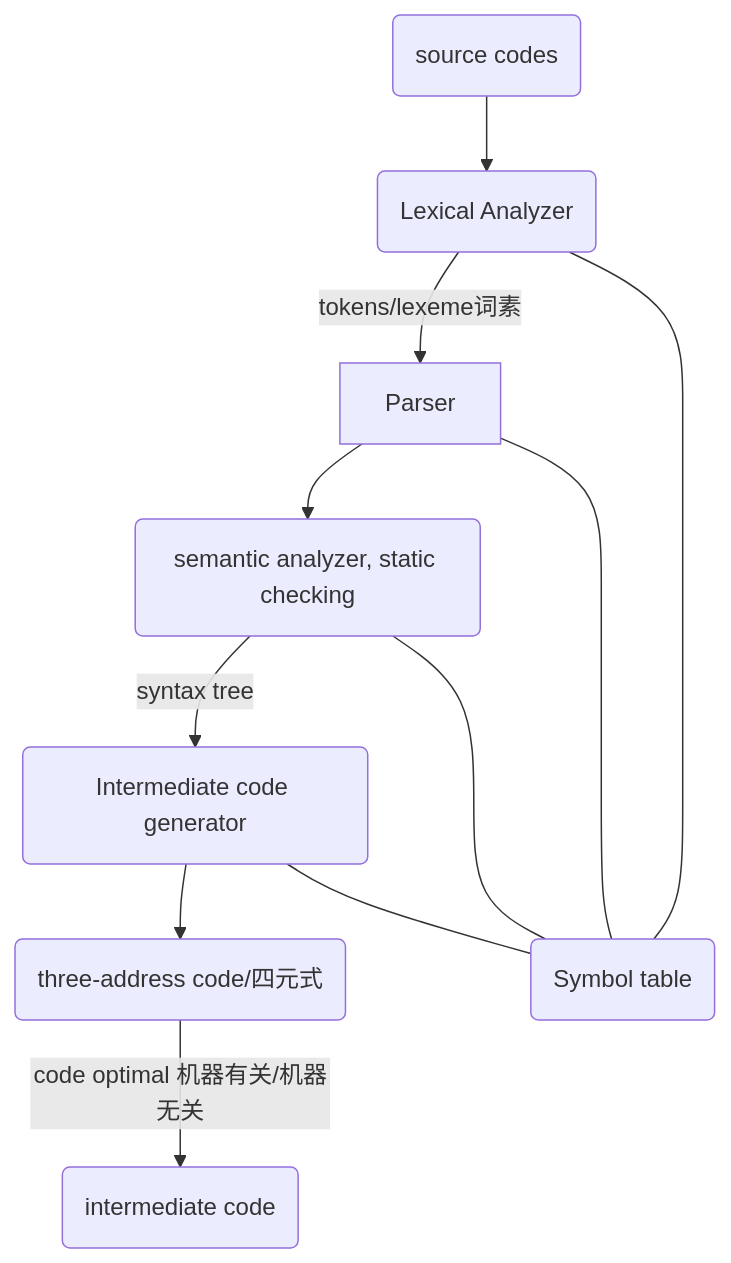
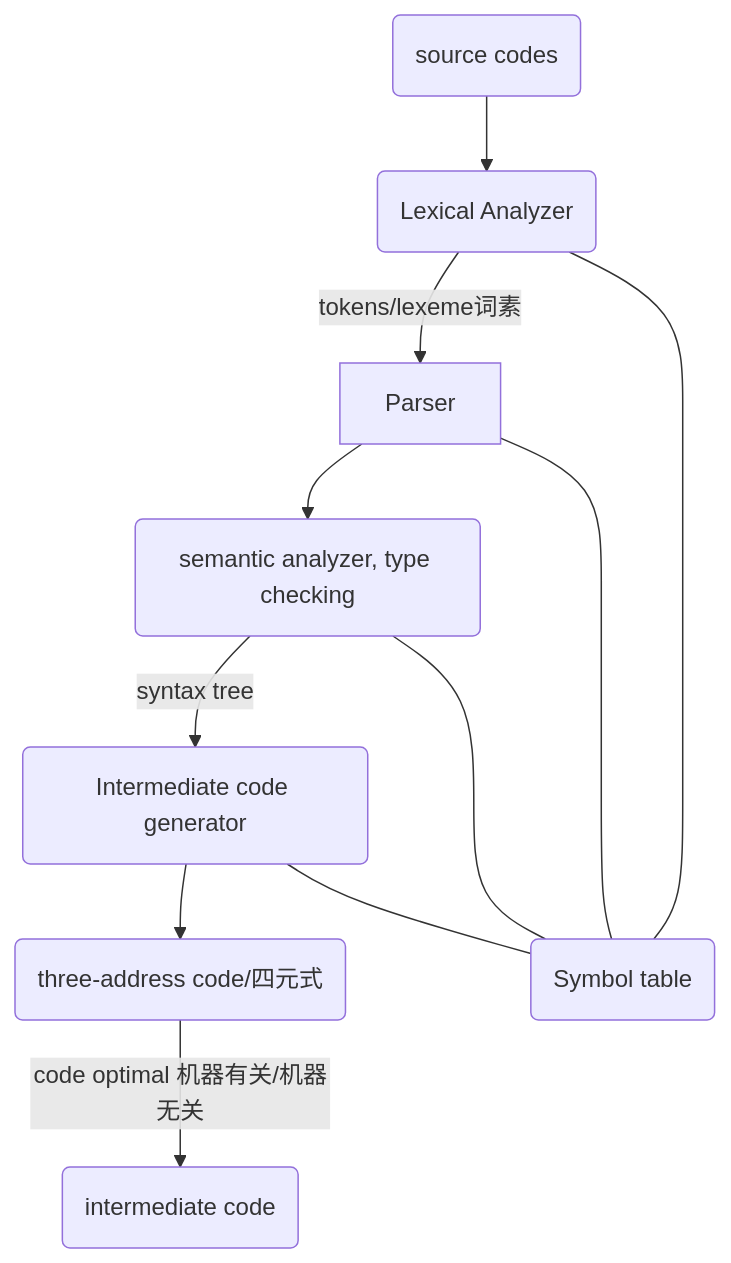
One commit to DCMMC/Notes changed the second of 2 diagrams in 编译原理学习笔记.md. Above: the diagram before and after it, drawn with Mermaid. The commit also changed other lines of this file, not shown here.

````diff
--- a/编译原理学习笔记.md
+++ b/编译原理学习笔记.md
@@ -60,13 +60,13 @@
 ```mermaid!
 graph TD;
 	id0(source codes)-->id1(Lexical Analyzer);
 	id1(Lexical Analyzer)-- tokens/lexeme词素 -->Parser;
-	Parser-->id6(semantic analyzer, static checking);
+	Parser-->id6(semantic analyzer, type checking);
 	id6-- syntax tree -->id2(Intermediate code generator);
 	id2--> id3(three-address code/四元式);
 	id1---id4(Symbol table);
 	Parser---id4;
 	id2---id4;
 	id6---id4;
 	id3-- code optimal 机器有关/机器无关 --> id5(intermediate code);
 ```
````
